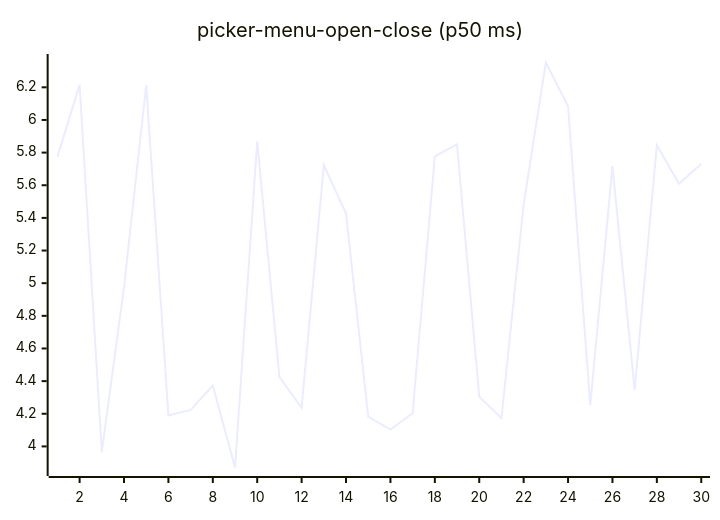
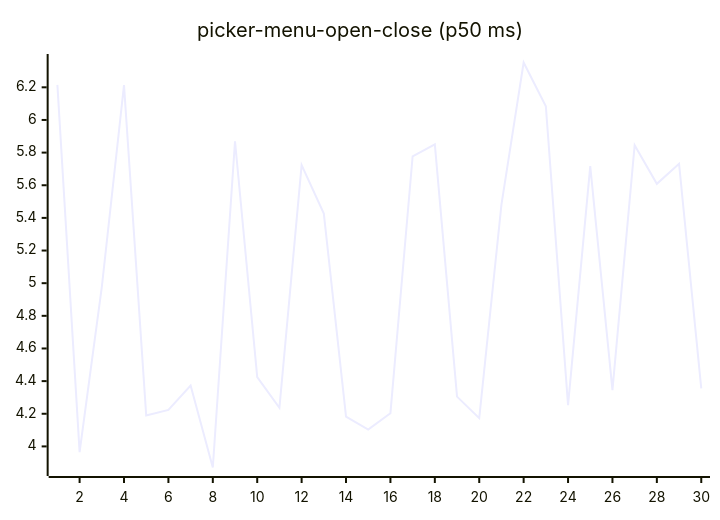
Before and after one commit to josha/Facet: diagram 16 of 27 in README.md, drawn with Mermaid. The commit also changed other lines of this file and 2 other files, not shown here.

````diff
--- a/README.md
+++ b/README.md
@@ -168,6 +168,6 @@
 ```mermaid
 xychart-beta
     title "picker-menu-open-close (p50 ms)"
     x-axis 1 --> 30
-    line [5.7740, 6.2151, 3.9652, 4.9760, 6.2132, 4.1891, 4.2236, 4.3733, 3.8708, 5.8694, 4.4248, 4.2362, 5.7230, 5.4264, 4.1828, 4.1028, 4.2034, 5.7775, 5.8503, 4.3049, 4.1731, 5.4814, 6.3520, 6.0839, 4.2522, 5.7175, 4.3452, 5.8449, 5.6085, 5.7317]
+    line [6.2151, 3.9652, 4.9760, 6.2132, 4.1891, 4.2236, 4.3733, 3.8708, 5.8694, 4.4248, 4.2362, 5.7230, 5.4264, 4.1828, 4.1028, 4.2034, 5.7775, 5.8503, 4.3049, 4.1731, 5.4814, 6.3520, 6.0839, 4.2522, 5.7175, 4.3452, 5.8449, 5.6085, 5.7317, 4.3559]
 ```
````
